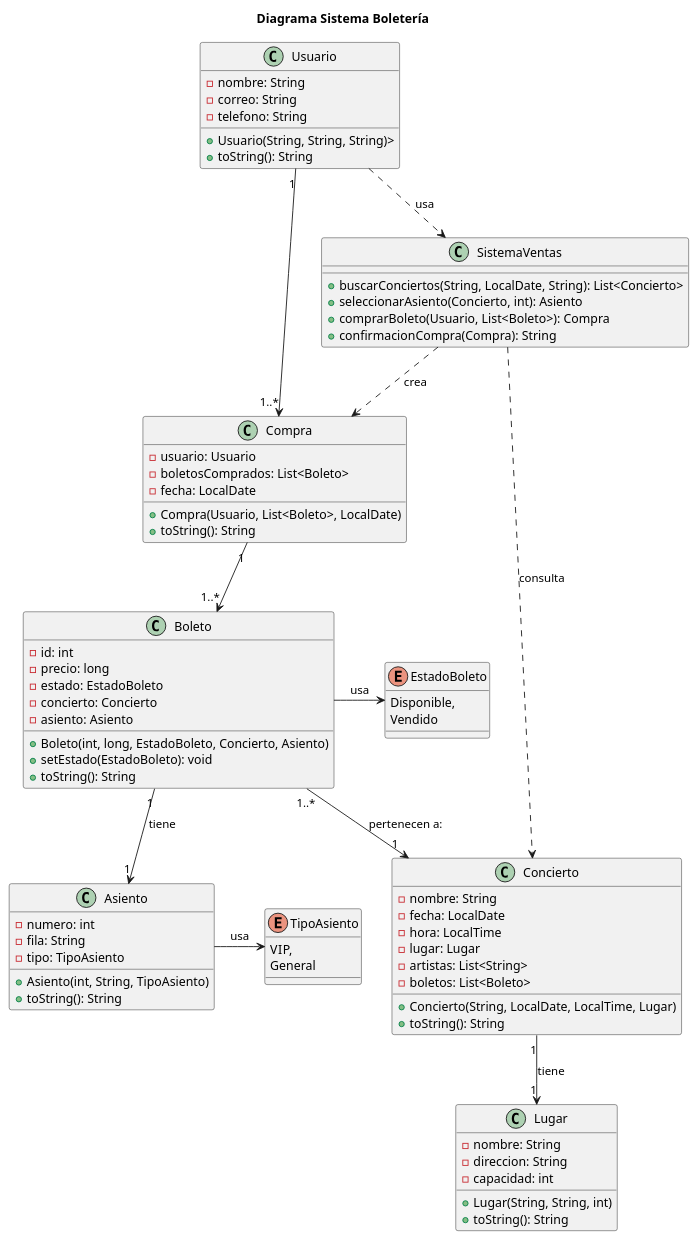
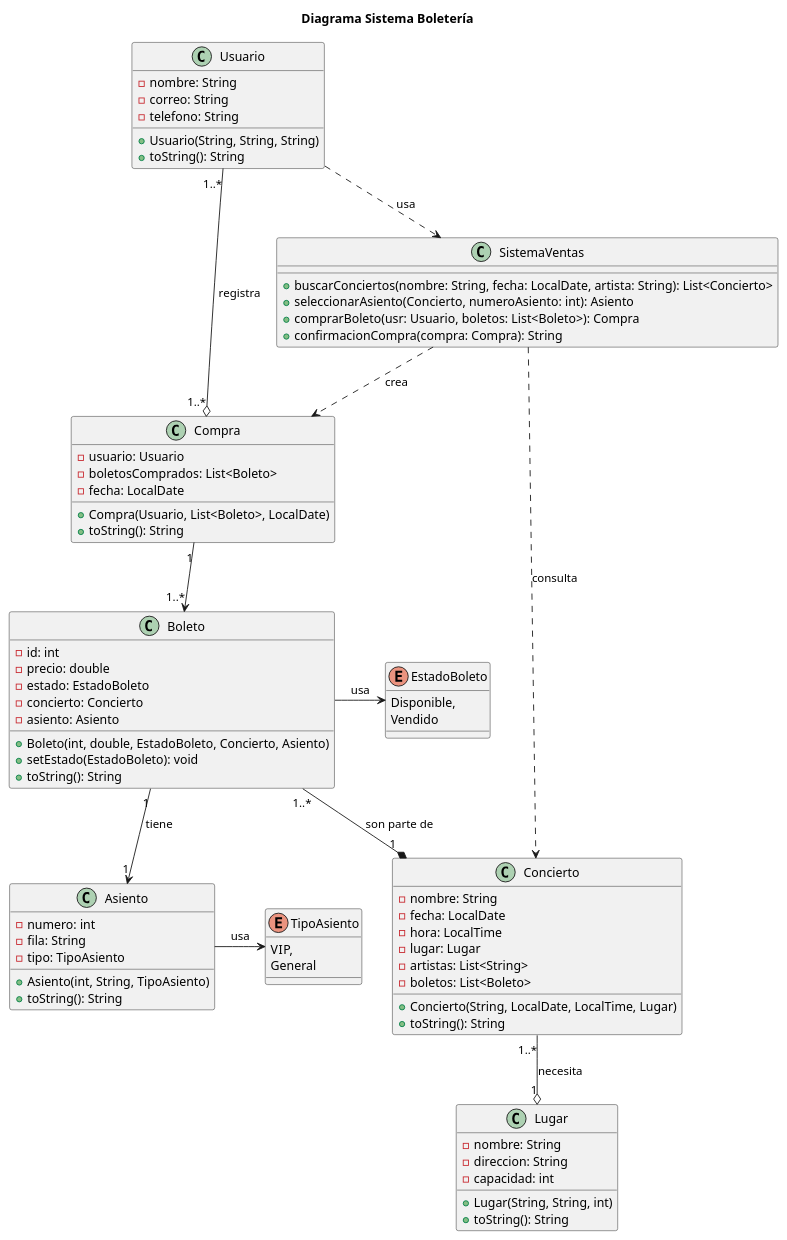
Before and after one commit to KuilmerHC/Fundamentos: the diagram in Lab2/diagrama/diagrama1.puml, drawn with PlantUML. The commit also changed 12 other files, not shown here.

```diff
--- a/Lab2/diagrama/diagrama1.puml
+++ b/Lab2/diagrama/diagrama1.puml
@@ -1,88 +1,88 @@
 @startuml Diagrama 2
 title Diagrama Sistema Boletería
 
 class Usuario{
     -nombre: String
     -correo: String
     -telefono: String
-    +Usuario(String, String, String)>
+    +Usuario(String, String, String)
     +toString(): String
 }
 
 class Concierto{
     -nombre: String
     -fecha: LocalDate
     -hora: LocalTime
     -lugar: Lugar
     -artistas: List<String>
     -boletos: List<Boleto>
     +Concierto(String, LocalDate, LocalTime, Lugar)
     +toString(): String
 }
 
 class Lugar{
     -nombre: String
     -direccion: String
     -capacidad: int
     +Lugar(String, String, int)
     +toString(): String
 }
 
 enum TipoAsiento {
     VIP,
     General
 }
 
 class Asiento{
     -numero: int
     -fila: String
     -tipo: TipoAsiento
     +Asiento(int, String, TipoAsiento)
     +toString(): String
 }
 
 enum EstadoBoleto{
     Disponible,
     Vendido
 }
 
 class Boleto{
     -id: int
-    -precio: long
+    -precio: double
     -estado: EstadoBoleto
     -concierto: Concierto
     -asiento: Asiento
-    +Boleto(int, long, EstadoBoleto, Concierto, Asiento)
+    +Boleto(int, double, EstadoBoleto, Concierto, Asiento)
     +setEstado(EstadoBoleto): void
     +toString(): String
 }
 
 class Compra{
     -usuario: Usuario
     -boletosComprados: List<Boleto>
     -fecha: LocalDate
     +Compra(Usuario, List<Boleto>, LocalDate)
     +toString(): String
 }
 
 class SistemaVentas{
-    +buscarConciertos(String, LocalDate, String): List<Concierto>
-    +seleccionarAsiento(Concierto, int): Asiento
-    +comprarBoleto(Usuario, List<Boleto>): Compra
-    +confirmacionCompra(Compra): String
+    +buscarConciertos(nombre: String, fecha: LocalDate, artista: String): List<Concierto>
+    +seleccionarAsiento(Concierto, numeroAsiento: int): Asiento
+    +comprarBoleto(usr: Usuario, boletos: List<Boleto>): Compra
+    +confirmacionCompra(compra: Compra): String
 }   
 
 Boleto -> EstadoBoleto: usa
 Asiento -> TipoAsiento: usa
 
 
 Usuario ..> SistemaVentas: usa
 SistemaVentas ..> Compra: crea
 SistemaVentas ..> Concierto: consulta
 
-Usuario "1" --> "1..*" Compra
+Usuario "1..*" --o "1..*" Compra: registra
 Compra "1" --> "1..*" Boleto
-Boleto "1..*" --> "1" Concierto: pertenecen a:
-Concierto "1" --> "1" Lugar: tiene
+Boleto "1..*" --* "1" Concierto: son parte de
+Concierto "1..*" --o "1" Lugar: necesita
 Boleto "1" --> "1" Asiento: tiene
 @enduml
```
